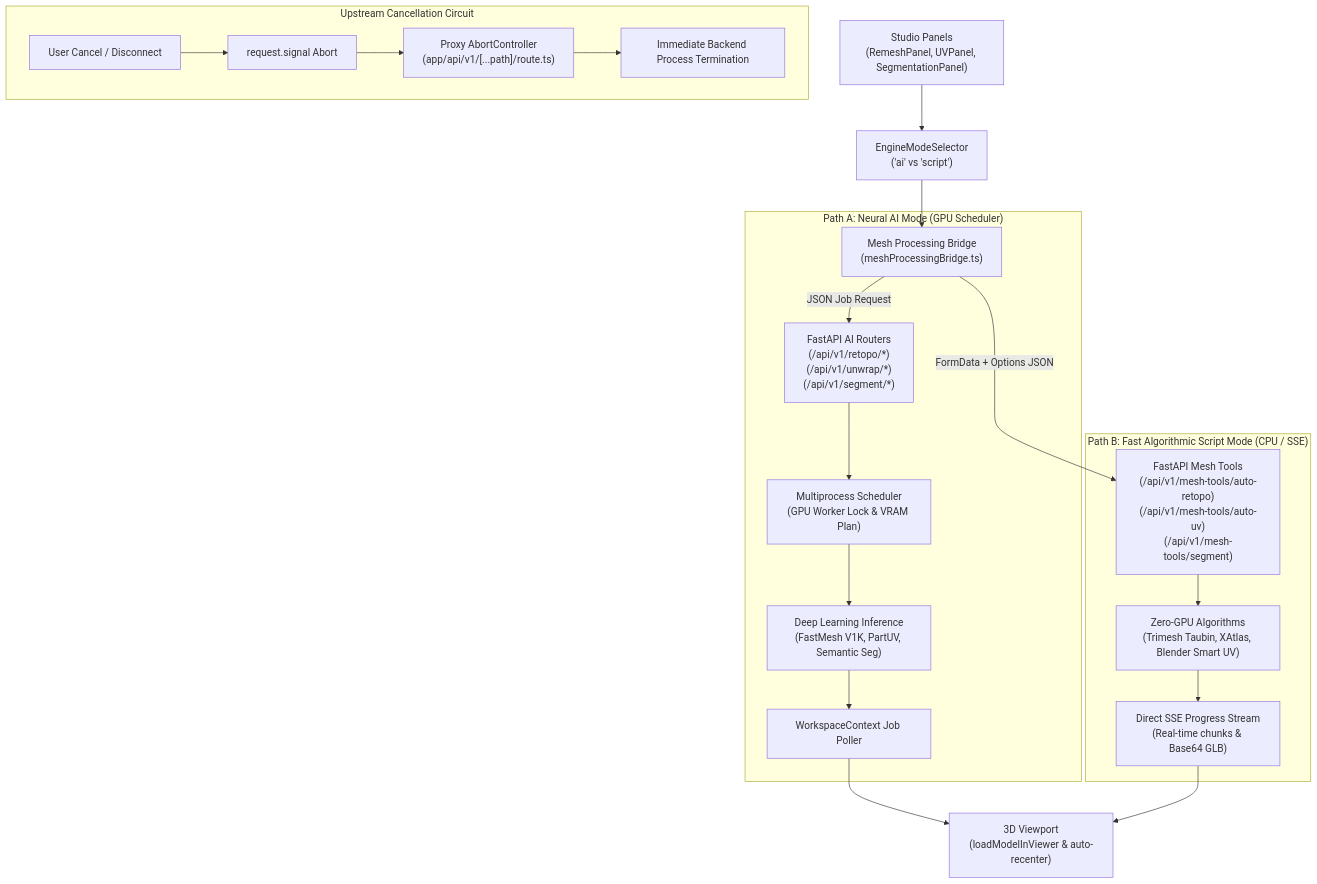
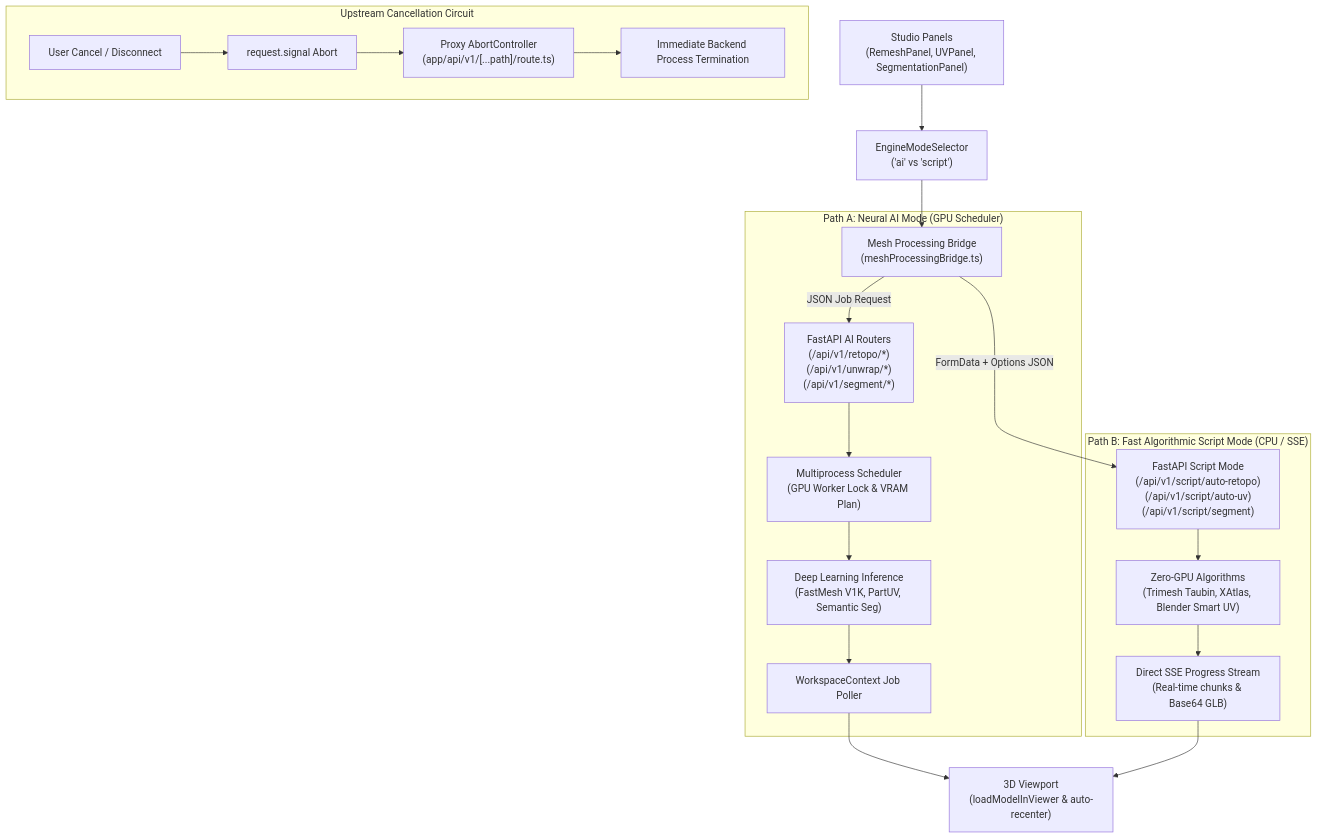
The seventh of 7 diagrams in Docs/ARCHITECTURE.md (Silentzx2/ForMesh3D), drawn with Mermaid before and after one commit. The commit also changed other lines of this file and 7 other files, not shown here.

Commit message:
docs: remove all mesh-tools endpoint references from documentation

````diff
--- a/Docs/ARCHITECTURE.md
+++ b/Docs/ARCHITECTURE.md
@@ -944,27 +944,27 @@
 ```mermaid
 flowchart TD
     Panel["Studio Panels<br/>(RemeshPanel, UVPanel, SegmentationPanel)"] --> EngineSel["EngineModeSelector<br/>('ai' vs 'script')"]
     EngineSel --> Bridge["Mesh Processing Bridge<br/>(meshProcessingBridge.ts)"]
 
     subgraph AI Path ["Path A: Neural AI Mode (GPU Scheduler)"]
         Bridge -->|JSON Job Request| FastAPIAI["FastAPI AI Routers<br/>(/api/v1/retopo/*)<br/>(/api/v1/unwrap/*)<br/>(/api/v1/segment/*)"]
         FastAPIAI --> Scheduler["Multiprocess Scheduler<br/>(GPU Worker Lock & VRAM Plan)"]
         Scheduler --> AIModels["Deep Learning Inference<br/>(FastMesh V1K, PartUV, Semantic Seg)"]
         AIModels --> Poll["WorkspaceContext Job Poller"]
     end
 
     subgraph Script Path ["Path B: Fast Algorithmic Script Mode (CPU / SSE)"]
-        Bridge -->|FormData + Options JSON| FastAPIScript["FastAPI Mesh Tools<br/>(/api/v1/mesh-tools/auto-retopo)<br/>(/api/v1/mesh-tools/auto-uv)<br/>(/api/v1/mesh-tools/segment)"]
+        Bridge -->|FormData + Options JSON| FastAPIScript["FastAPI Script Mode<br/>(/api/v1/script/auto-retopo)<br/>(/api/v1/script/auto-uv)<br/>(/api/v1/script/segment)"]
         FastAPIScript --> Algorithmic["Zero-GPU Algorithms<br/>(Trimesh Taubin, XAtlas, Blender Smart UV)"]
         Algorithmic --> SSEStream["Direct SSE Progress Stream<br/>(Real-time chunks & Base64 GLB)"]
     end
 
     Poll --> Viewport["3D Viewport<br/>(loadModelInViewer & auto-recenter)"]
     SSEStream --> Viewport
 
     subgraph Abort System ["Upstream Cancellation Circuit"]
         ClientCancel["User Cancel / Disconnect"] --> AbortSig["request.signal Abort"]
         AbortSig --> ProxyAbort["Proxy AbortController<br/>(app/api/v1/[...path]/route.ts)"]
         ProxyAbort --> Halt["Immediate Backend Process Termination"]
     end
 ```
````
